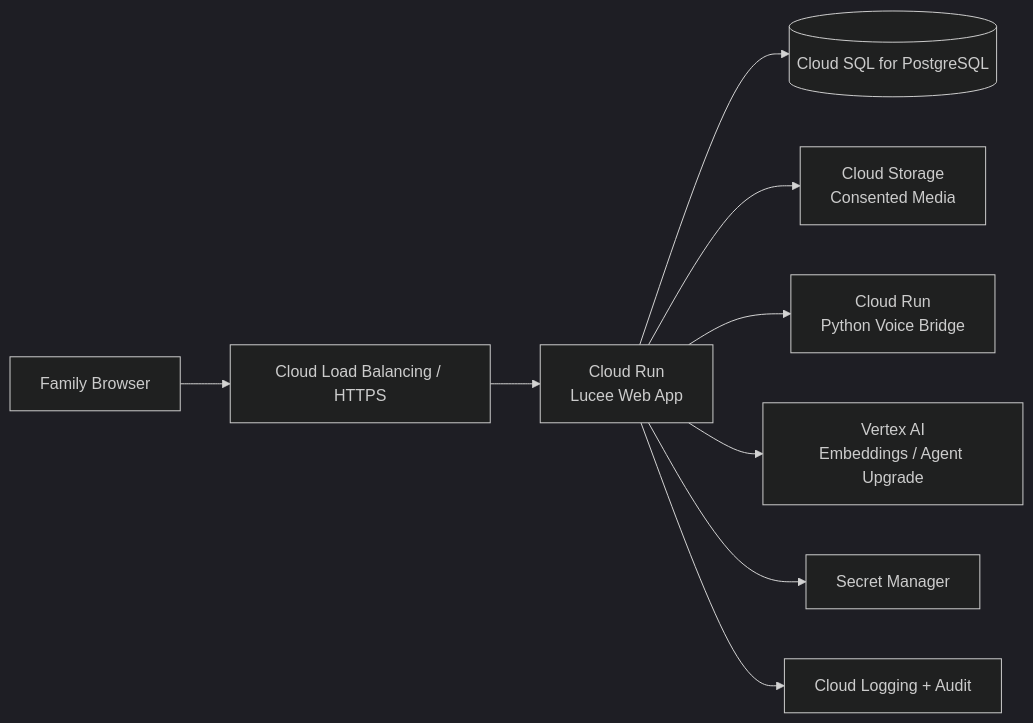
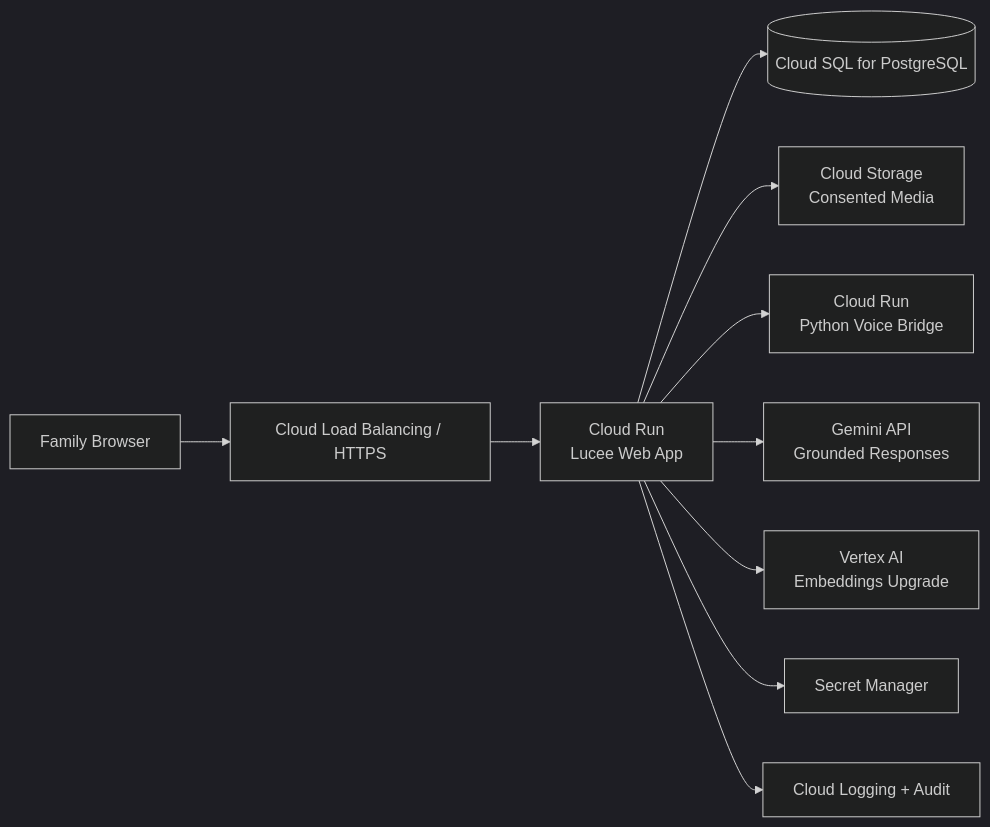
The fourth of 4 diagrams in Demo_HM/docs/ARCHITECTURE.md (wayne-lou/FDE), drawn with Mermaid (dark theme) before and after one commit. The commit also changed other lines of this file and 8 other files, not shown here.

Commit message:
Integrate Gemini grounded response generation

````diff
--- a/Demo_HM/docs/ARCHITECTURE.md
+++ b/Demo_HM/docs/ARCHITECTURE.md
@@ -134,11 +146,12 @@
 ```mermaid
 flowchart LR
     USER["Family Browser"] --> LB["Cloud Load Balancing / HTTPS"]
     LB --> WEB["Cloud Run<br/>Lucee Web App"]
     WEB --> SQL[("Cloud SQL for PostgreSQL")]
     WEB --> STORAGE["Cloud Storage<br/>Consented Media"]
     WEB --> VOICE["Cloud Run<br/>Python Voice Bridge"]
-    WEB --> VERTEX["Vertex AI<br/>Embeddings / Agent Upgrade"]
+    WEB --> GEMINI["Gemini API<br/>Grounded Responses"]
+    WEB --> VERTEX["Vertex AI<br/>Embeddings Upgrade"]
     WEB --> SECRET["Secret Manager"]
     WEB --> LOG["Cloud Logging + Audit"]
 ```
````
